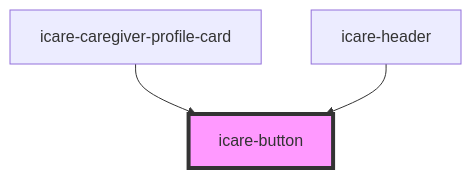
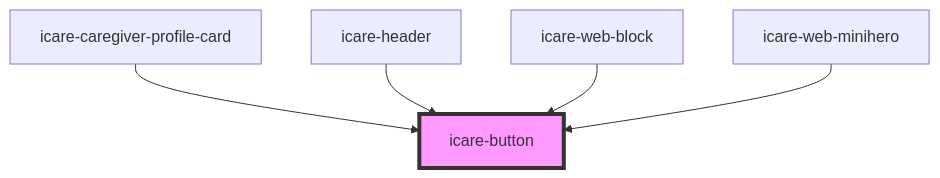
One commit to ajkirwan1/icare-components changed the diagram in src/components/icare-button/readme.md. Above: the diagram before and after it, drawn with Mermaid. The commit also changed other lines of this file and 33 other files, not shown here.

````diff
--- a/src/components/icare-button/readme.md
+++ b/src/components/icare-button/readme.md
@@ -25,6 +27,8 @@
 ```mermaid
 graph TD;
   icare-caregiver-profile-card --> icare-button
   icare-header --> icare-button
+  icare-web-block --> icare-button
+  icare-web-minihero --> icare-button
   style icare-button fill:#f9f,stroke:#333,stroke-width:4px
 ```
````
